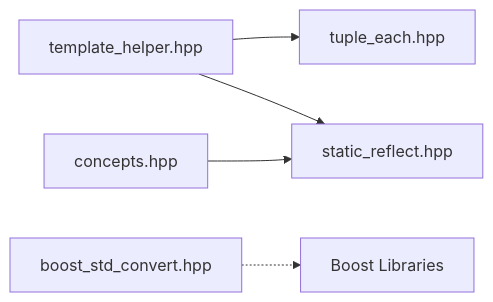
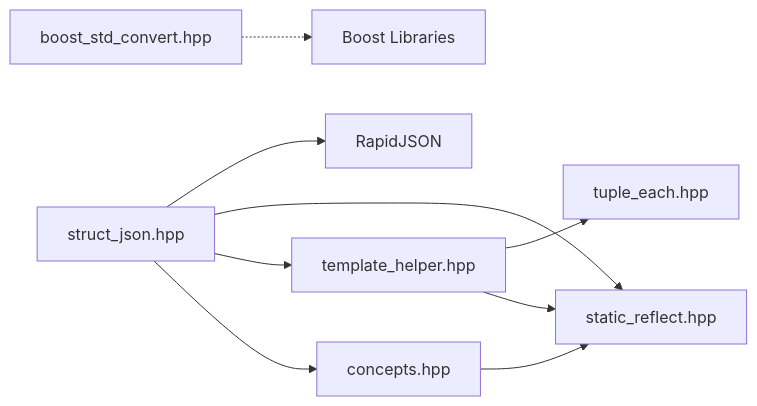
One commit to hsmbanlance/HsBaSlicer changed the seventh of 7 diagrams in .qoder/repowiki/en/content/Core Modules/Foundation Layer (base_)/Template Metaprogramming Helpers.md. Above: the diagram before and after it, drawn with Mermaid. The commit also changed other lines of this file and 66 other files, not shown here.

````diff
--- a/.qoder/repowiki/en/content/Core Modules/Foundation Layer (base_)/Template Metaprogramming Helpers.md
+++ b/.qoder/repowiki/en/content/Core Modules/Foundation Layer (base_)/Template Metaprogramming Helpers.md
@@ -283,7 +357,11 @@
 ```mermaid
 graph LR
 TH["template_helper.hpp"] --> TE["tuple_each.hpp"]
 TH --> SR["static_reflect.hpp"]
 CN["concepts.hpp"] --> SR
 BS["boost_std_convert.hpp"] -.-> BL["Boost Libraries"]
+SJ["struct_json.hpp"] --> RJ["RapidJSON"]
+SJ --> SR
+SJ --> TH
+SJ --> CN
 ```
````
